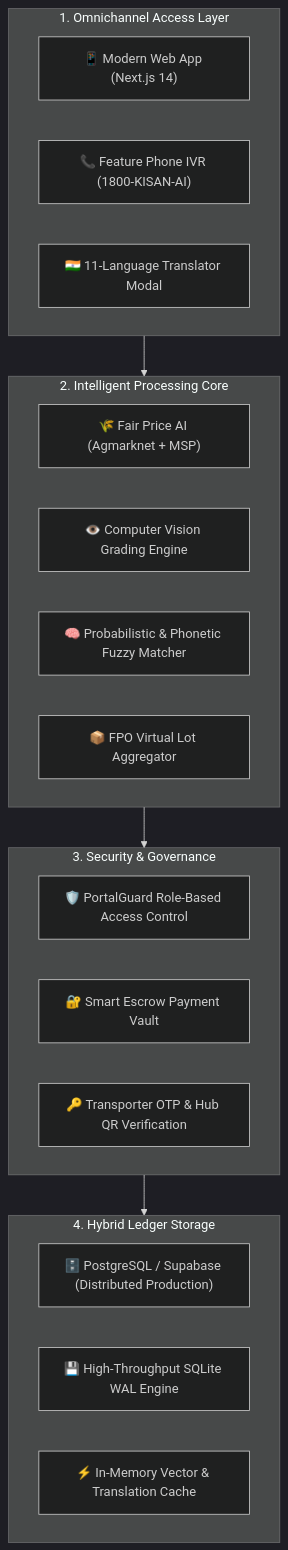
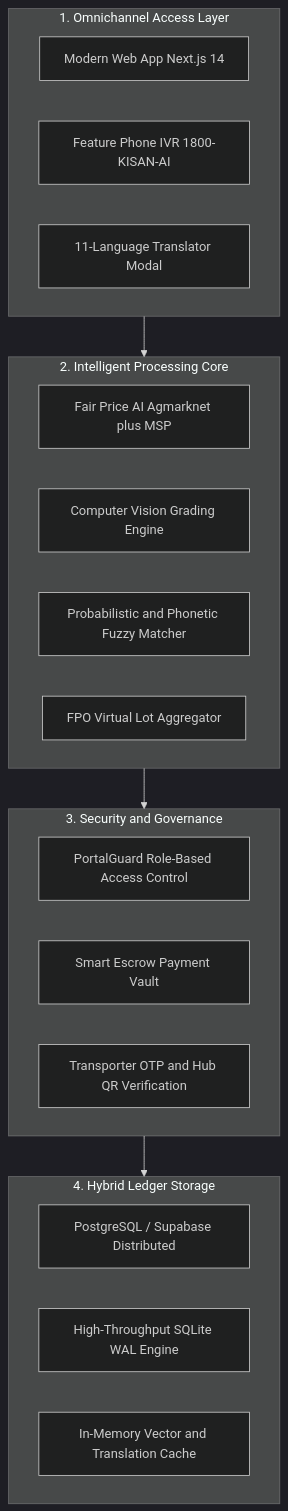
The diagram in README.md (ctrlaltsolveorg-cloud/sih2026), drawn with Mermaid (dark theme) before and after one commit. The commit also changed other lines of this file, not shown here.

````diff
--- a/README.md
+++ b/README.md
@@ -80,31 +85,31 @@
 ```mermaid
 flowchart TD
     subgraph Access["1. Omnichannel Access Layer"]
-        A1["📱 Modern Web App (Next.js 14)"]
-        A2["📞 Feature Phone IVR (1800-KISAN-AI)"]
-        A3["🇮🇳 11-Language Translator Modal"]
+        A1["Modern Web App Next.js 14"]
+        A2["Feature Phone IVR 1800-KISAN-AI"]
+        A3["11-Language Translator Modal"]
     end
 
     subgraph Intelligence["2. Intelligent Processing Core"]
-        B1["🌾 Fair Price AI (Agmarknet + MSP)"]
-        B2["👁️ Computer Vision Grading Engine"]
-        B3["🧠 Probabilistic & Phonetic Fuzzy Matcher"]
-        B4["📦 FPO Virtual Lot Aggregator"]
+        B1["Fair Price AI Agmarknet plus MSP"]
+        B2["Computer Vision Grading Engine"]
+        B3["Probabilistic and Phonetic Fuzzy Matcher"]
+        B4["FPO Virtual Lot Aggregator"]
     end
 
-    subgraph Security["3. Security & Governance"]
-        C1["🛡️ PortalGuard Role-Based Access Control"]
-        C2["🔐 Smart Escrow Payment Vault"]
-        C3["🔑 Transporter OTP & Hub QR Verification"]
+    subgraph Security["3. Security and Governance"]
+        C1["PortalGuard Role-Based Access Control"]
+        C2["Smart Escrow Payment Vault"]
+        C3["Transporter OTP and Hub QR Verification"]
     end
 
     subgraph Storage["4. Hybrid Ledger Storage"]
-        D1["🗄️ PostgreSQL / Supabase (Distributed Production)"]
-        D2["💾 High-Throughput SQLite WAL Engine"]
-        D3["⚡ In-Memory Vector & Translation Cache"]
+        D1["PostgreSQL / Supabase Distributed"]
+        D2["High-Throughput SQLite WAL Engine"]
+        D3["In-Memory Vector and Translation Cache"]
     end
 
     Access --> Intelligence
     Intelligence --> Security
     Security --> Storage
 ```
````
